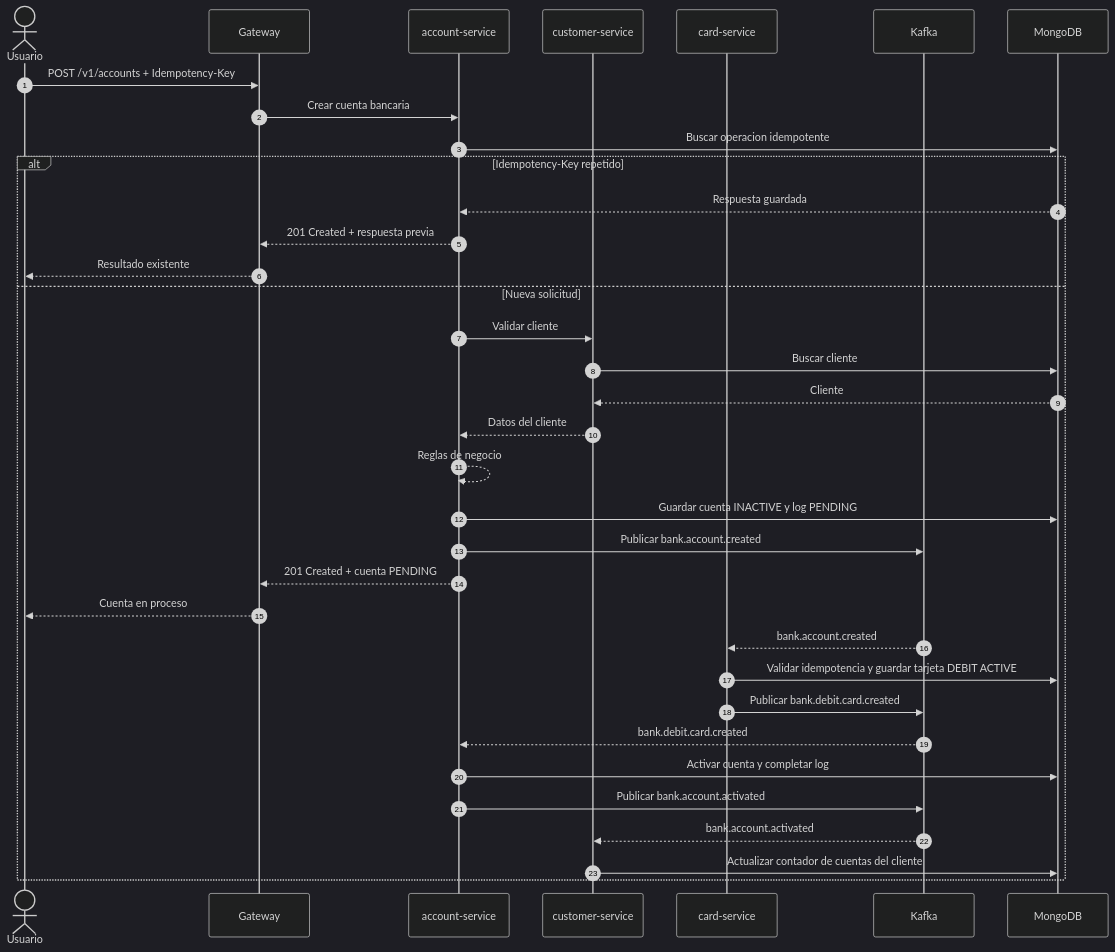
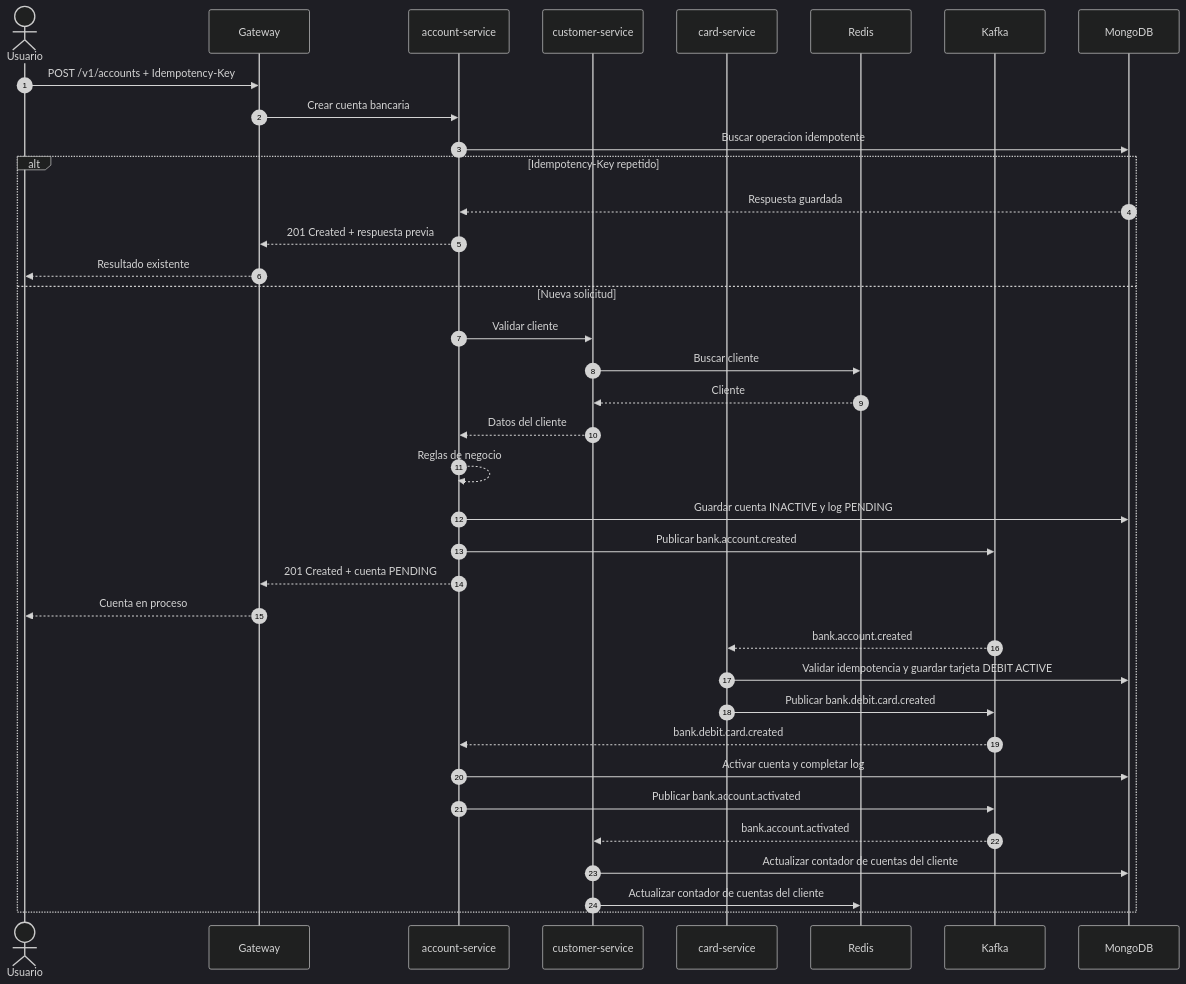
Before and after one commit to cmr4b1t/final-project: the first of 2 diagrams in docs/secuencia-creacion-cuenta-tarjeta-debito.md, drawn with Mermaid (dark theme). The commit also changed 3 other files, not shown here.

````diff
--- a/docs/secuencia-creacion-cuenta-tarjeta-debito.md
+++ b/docs/secuencia-creacion-cuenta-tarjeta-debito.md
@@ -5,42 +5,44 @@
 ```mermaid
 sequenceDiagram
     autonumber
     actor Usuario
     participant Gateway
     participant Account as account-service
     participant Customer as customer-service
     participant Card as card-service
+    participant Redis
     participant Kafka
     participant MongoDB
 
     Usuario->>Gateway: POST /v1/accounts + Idempotency-Key
     Gateway->>Account: Crear cuenta bancaria
     Account->>MongoDB: Buscar operacion idempotente
 
     alt Idempotency-Key repetido
         MongoDB-->>Account: Respuesta guardada
         Account-->>Gateway: 201 Created + respuesta previa
         Gateway-->>Usuario: Resultado existente
     else Nueva solicitud
         Account->>Customer: Validar cliente
-        Customer->>MongoDB: Buscar cliente
-        MongoDB-->>Customer: Cliente
+        Customer->>Redis: Buscar cliente
+        Redis-->>Customer: Cliente
         Customer-->>Account: Datos del cliente
         Account-->>Account: Reglas de negocio
         Account->>MongoDB: Guardar cuenta INACTIVE y log PENDING
         Account->>Kafka: Publicar bank.account.created
         Account-->>Gateway: 201 Created + cuenta PENDING
         Gateway-->>Usuario: Cuenta en proceso
 
         Kafka-->>Card: bank.account.created
         Card->>MongoDB: Validar idempotencia y guardar tarjeta DEBIT ACTIVE
         Card->>Kafka: Publicar bank.debit.card.created
 
         Kafka-->>Account: bank.debit.card.created
         Account->>MongoDB: Activar cuenta y completar log
         Account->>Kafka: Publicar bank.account.activated
 
         Kafka-->>Customer: bank.account.activated
         Customer->>MongoDB: Actualizar contador de cuentas del cliente
+        Customer->>Redis: Actualizar contador de cuentas del cliente
     end
 ```
````
